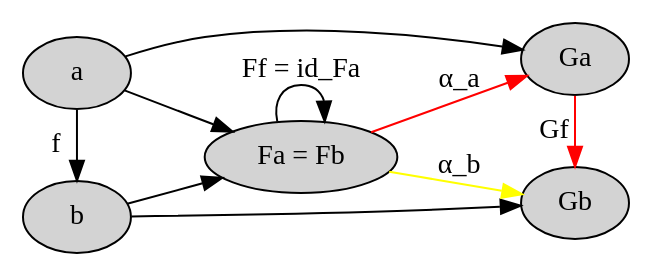
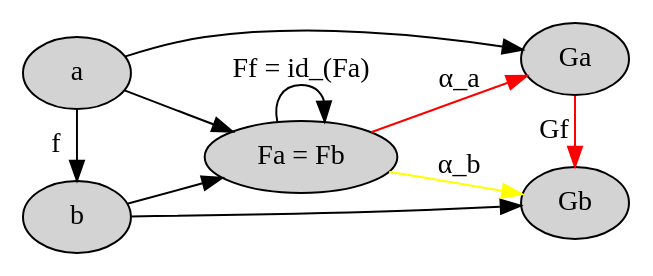
The diagram in chapter17-challenge1-part1.dot (evenbrenden/ct4p-challenges), drawn with Graphviz before and after one commit. The commit also changed 9 other files, not shown here.

```diff
--- a/chapter17-challenge1-part1.dot
+++ b/chapter17-challenge1-part1.dot
@@ -1,23 +1,23 @@
 digraph {
   node [style="filled" color="black" fillcolor="lightgray"]
 
   rankdir=LR
   { rank=same a b }
   { rank=same Ga Gb }
 
   a [label="a"]
   b [label="b"]
   Ga [label="Ga"]
   Gb [label="Gb"]
   FaFb [label="Fa = Fb"]
 
   a -> b [label="f"]
   a -> Ga
   b -> Gb
   a -> FaFb
   b -> FaFb
-  FaFb -> FaFb [label="Ff = id_Fa"]
+  FaFb -> FaFb [label="Ff = id_(Fa)"]
   Ga -> Gb [label="Gf" color="red"]
   FaFb -> Ga [label="α_a" color="red"]
   FaFb -> Gb [label="α_b" color="yellow"]
 }
```
